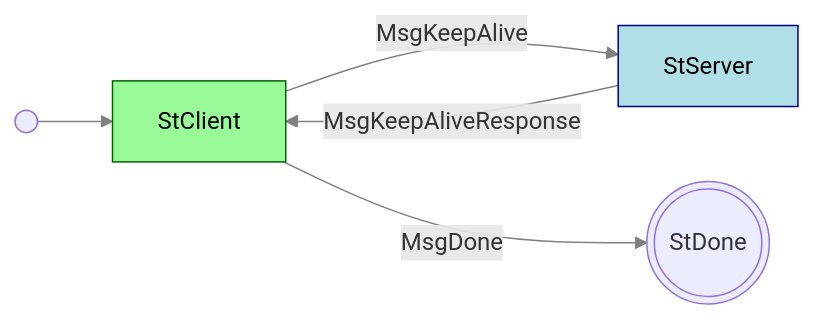
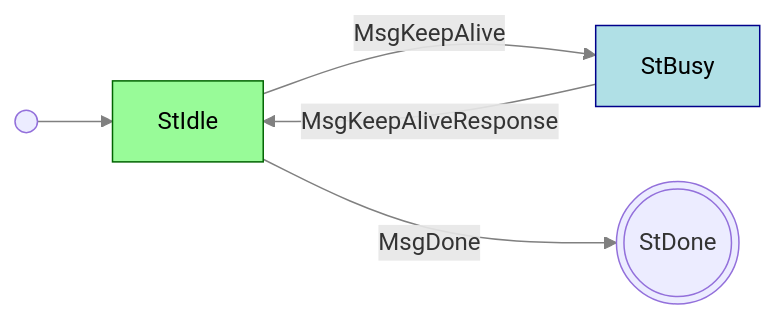
Before and after one commit to rkuhn/cardano-blueprint: the diagram in src/network/node-to-node/keep-alive/README.md, drawn with Mermaid. The commit also changed other lines of this file and 10 other files, not shown here.

````diff
--- a/src/network/node-to-node/keep-alive/README.md
+++ b/src/network/node-to-node/keep-alive/README.md
@@ -7,16 +28,16 @@
 ```mermaid
 graph LR
   classDef client color:black,fill:PaleGreen,stroke:DarkGreen;
   classDef server color:black,fill:PowderBlue,stroke:DarkBlue;
   linkStyle default stroke:gray
 
   StDone(((StDone)))
 
-  i(( )) --> StClient
-  StClient --MsgKeepAlive--> StServer
-  StServer --MsgKeepAliveResponse--> StClient
-  StClient --MsgDone--> StDone
+  i(( )) --> StIdle
+  StIdle --MsgKeepAlive--> StBusy
+  StBusy --MsgKeepAliveResponse--> StIdle
+  StIdle --MsgDone--> StDone
 
-  class StClient client
-  class StServer server
+  class StIdle client
+  class StBusy server
 ```
````
